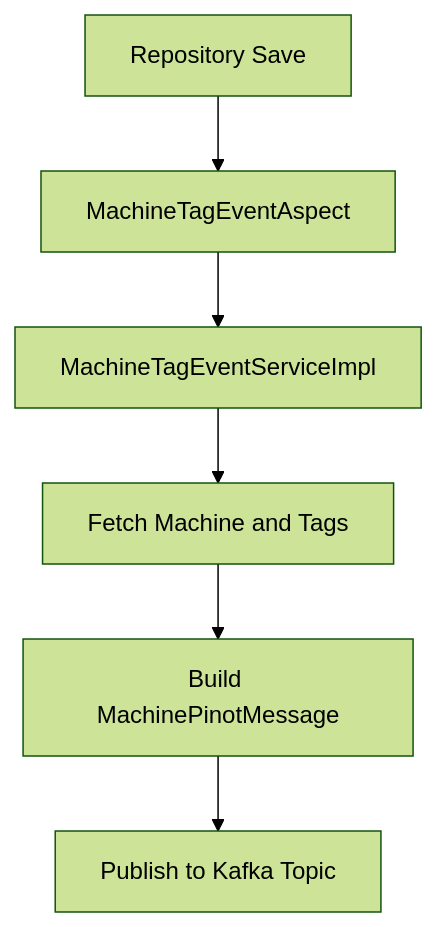
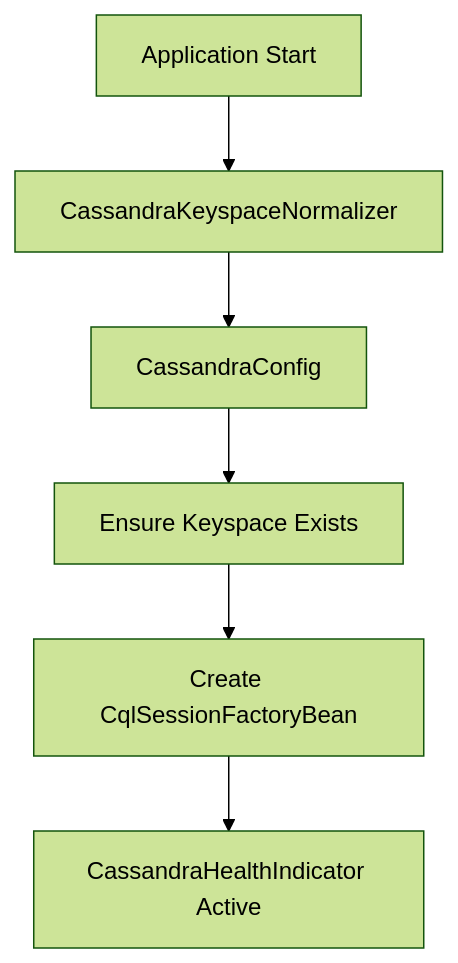
The second of 7 diagrams in docs/reference/architecture/data-platform-core/data-platform-core.md (flamingo-stack/openframe-oss-lib), drawn with Mermaid (forest theme) before and after one commit. The commit also changed other lines of this file and 212 other files, not shown here.

````diff
--- a/docs/reference/architecture/data-platform-core/data-platform-core.md
+++ b/docs/reference/architecture/data-platform-core/data-platform-core.md
@@ -76,8 +81,8 @@
 ```mermaid
 flowchart TD
-    Save["Repository Save"] --> Aspect["MachineTagEventAspect"]
-    Aspect --> Processor["MachineTagEventServiceImpl"]
-    Processor --> Fetch["Fetch Machine and Tags"]
-    Fetch --> Build["Build MachinePinotMessage"]
-    Build --> Publish["Publish to Kafka Topic"]
+    Start["Application Start"] --> Normalize["CassandraKeyspaceNormalizer"]
+    Normalize --> Config["CassandraConfig"]
+    Config --> Ensure["Ensure Keyspace Exists"]
+    Ensure --> Session["Create CqlSessionFactoryBean"]
+    Session --> Health["CassandraHealthIndicator Active"]
 ```
````
